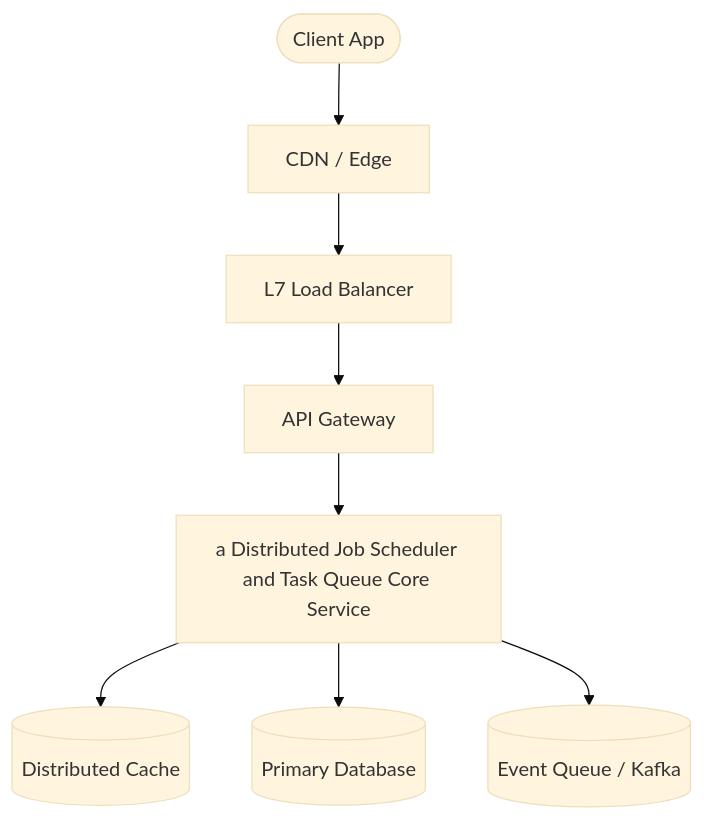
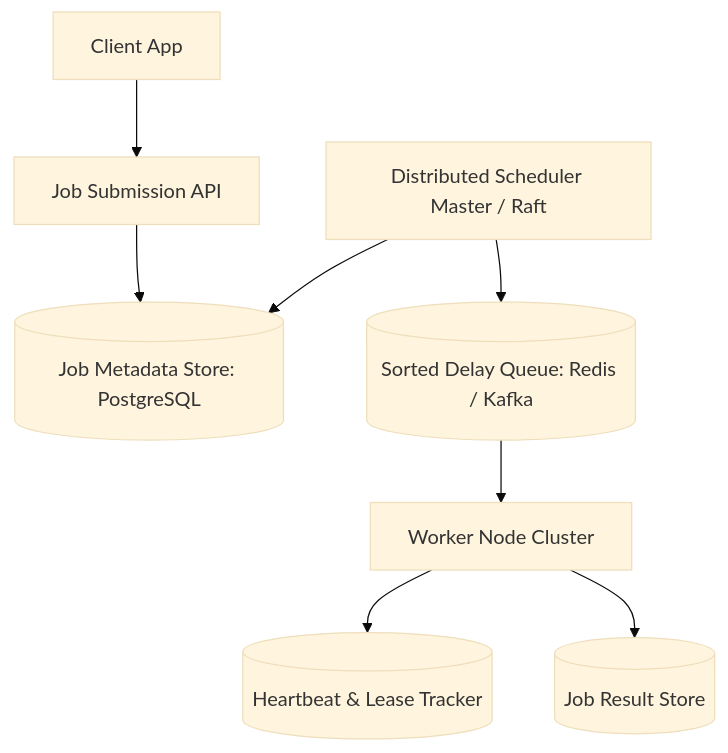
Before and after one commit to Umair9966/system-design-handbook: the first of 2 diagrams in docs/19-case-studies/20-distributed-job-scheduler.md, drawn with Mermaid (base theme). The commit also changed other lines of this file and 237 other files, not shown here.

````diff
--- a/docs/19-case-studies/20-distributed-job-scheduler.md
+++ b/docs/19-case-studies/20-distributed-job-scheduler.md
@@ -44,10 +5,12 @@
 ```mermaid
 graph TD
-    Client([Client App]) --> CDN[CDN / Edge]
-    CDN --> LB[L7 Load Balancer]
-    LB --> Gateway[API Gateway]
-    Gateway --> Service[a Distributed Job Scheduler and Task Queue Core Service]
-    Service --> Cache[(Distributed Cache)]
-    Service --> PrimaryDB[(Primary Database)]
-    Service --> MessageQueue[(Event Queue / Kafka)]
+    Client[Client App] --> API[Job Submission API]
+    API --> MetaDB[(Job Metadata Store: PostgreSQL)]
+    
+    Scheduler[Distributed Scheduler Master / Raft] --> MetaDB
+    Scheduler --> DelayQueue[(Sorted Delay Queue: Redis / Kafka)]
+    
+    DelayQueue --> WorkerPool[Worker Node Cluster]
+    WorkerPool --> Heartbeat[(Heartbeat & Lease Tracker)]
+    WorkerPool --> ResultStore[(Job Result Store)]
 ```
````
